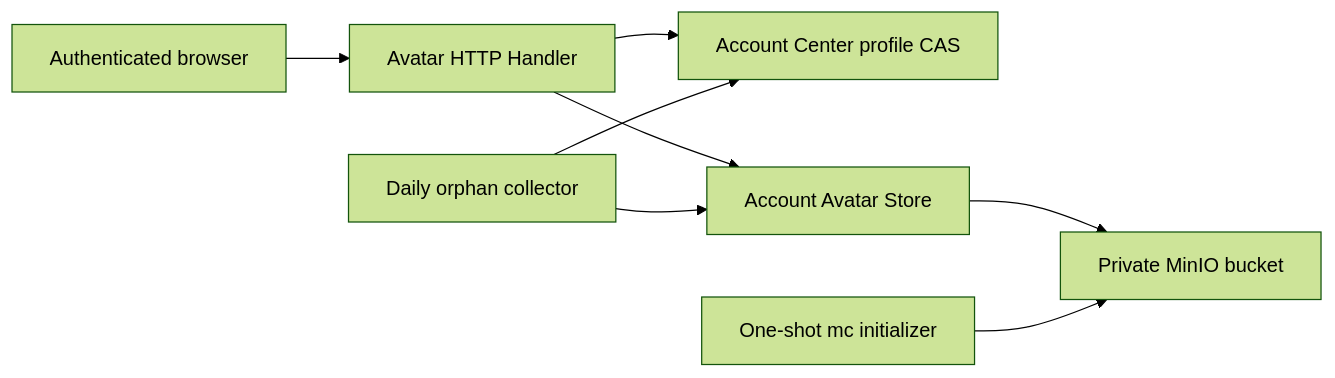
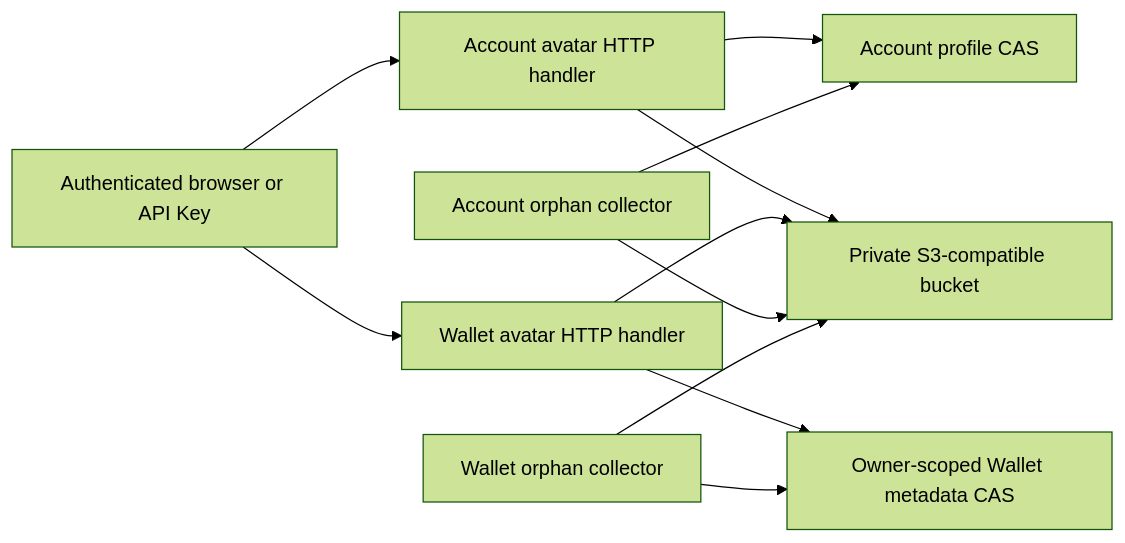
Before and after one commit to useryege/athena-o: the diagram in docs/design/identity-access/account-avatar-storage.md, drawn with Mermaid (forest theme). The commit also changed other lines of this file and 79 other files, not shown here.

````diff
--- a/docs/design/identity-access/account-avatar-storage.md
+++ b/docs/design/identity-access/account-avatar-storage.md
@@ -31,10 +36,13 @@
 ```mermaid
 flowchart LR
-    B["Authenticated browser"] --> H["Avatar HTTP Handler"]
-    H --> P["Account Center profile CAS"]
-    H --> S["Account Avatar Store"]
-    S --> M["Private MinIO bucket"]
-    I["One-shot mc initializer"] --> M
-    G["Daily orphan collector"] --> P
-    G --> S
+    B["Authenticated browser or API Key"] --> A["Account avatar HTTP handler"]
+    B --> W["Wallet avatar HTTP handler"]
+    A --> P["Account profile CAS"]
+    W --> C["Owner-scoped Wallet metadata CAS"]
+    A --> S["Private S3-compatible bucket"]
+    W --> S
+    G1["Account orphan collector"] --> P
+    G1 --> S
+    G2["Wallet orphan collector"] --> C
+    G2 --> S
 ```
````
